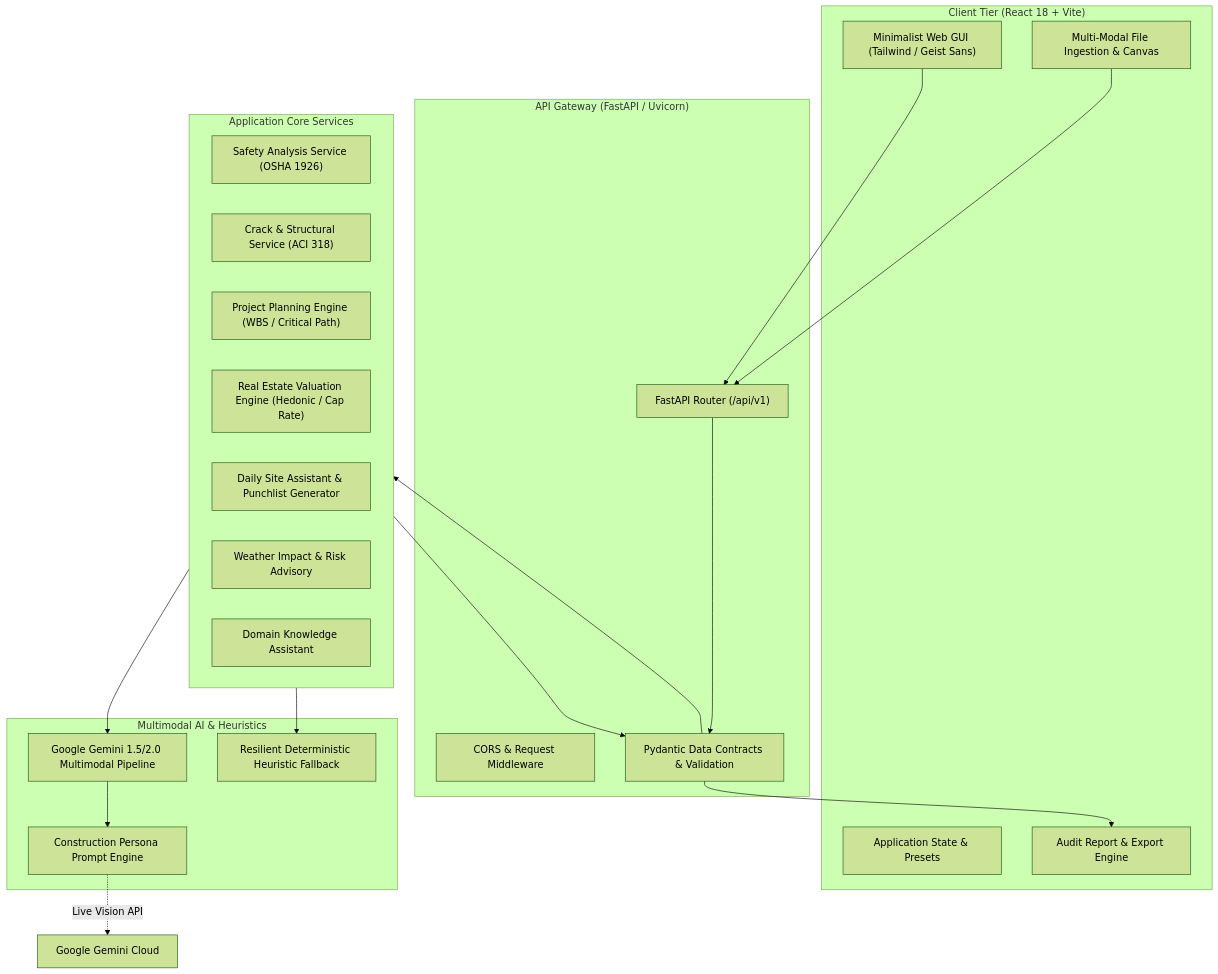
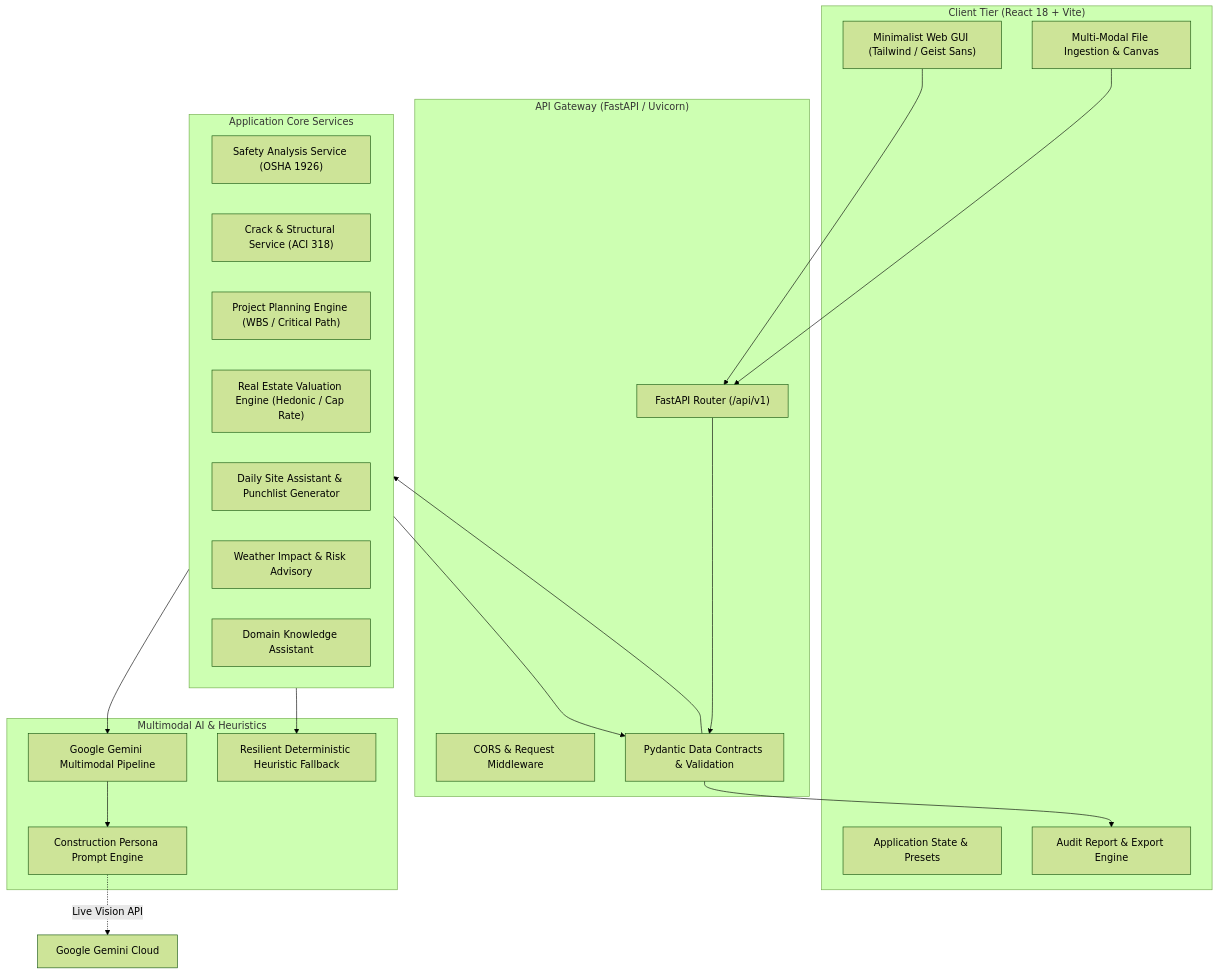
One commit to sanidhyaagrawal17/multimodal-construction-platform changed the first of 2 diagrams in docs/ARCHITECTURE.md. Above: the diagram before and after it, drawn with Mermaid (forest theme). The commit also changed other lines of this file and 1 other file, not shown here.

Commit message:
docs: align Gemini model references with app.py and config.py

````diff
--- a/docs/ARCHITECTURE.md
+++ b/docs/ARCHITECTURE.md
@@ -8,42 +8,42 @@
 ```mermaid
 flowchart TD
     subgraph Client ["Client Tier (React 18 + Vite)"]
         UI["Minimalist Web GUI (Tailwind / Geist Sans)"]
         State["Application State & Presets"]
         Uploader["Multi-Modal File Ingestion & Canvas"]
         ExportEngine["Audit Report & Export Engine"]
     end
 
     subgraph Gateway ["API Gateway (FastAPI / Uvicorn)"]
         Router["FastAPI Router (/api/v1)"]
         CORS["CORS & Request Middleware"]
         PydanticLayer["Pydantic Data Contracts & Validation"]
     end
 
     subgraph CoreServices ["Application Core Services"]
         SafetySvc["Safety Analysis Service (OSHA 1926)"]
         CrackSvc["Crack & Structural Service (ACI 318)"]
         PlanSvc["Project Planning Engine (WBS / Critical Path)"]
         ValuationSvc["Real Estate Valuation Engine (Hedonic / Cap Rate)"]
         LogSvc["Daily Site Assistant & Punchlist Generator"]
         WeatherSvc["Weather Impact & Risk Advisory"]
         ChatSvc["Domain Knowledge Assistant"]
     end
 
     subgraph Intelligence ["Multimodal AI & Heuristics"]
-        GeminiAdapter["Google Gemini 1.5/2.0 Multimodal Pipeline"]
+        GeminiAdapter["Google Gemini Multimodal Pipeline"]
         PromptEngine["Construction Persona Prompt Engine"]
         RuleFallback["Resilient Deterministic Heuristic Fallback"]
     end
 
     UI --> Router
     Uploader --> Router
     Router --> PydanticLayer
     PydanticLayer --> CoreServices
     CoreServices --> GeminiAdapter
     CoreServices --> RuleFallback
     GeminiAdapter --> PromptEngine
     PromptEngine -.-> |Live Vision API| GoogleGenAI["Google Gemini Cloud"]
     CoreServices --> PydanticLayer
     PydanticLayer --> ExportEngine
 ```
````
